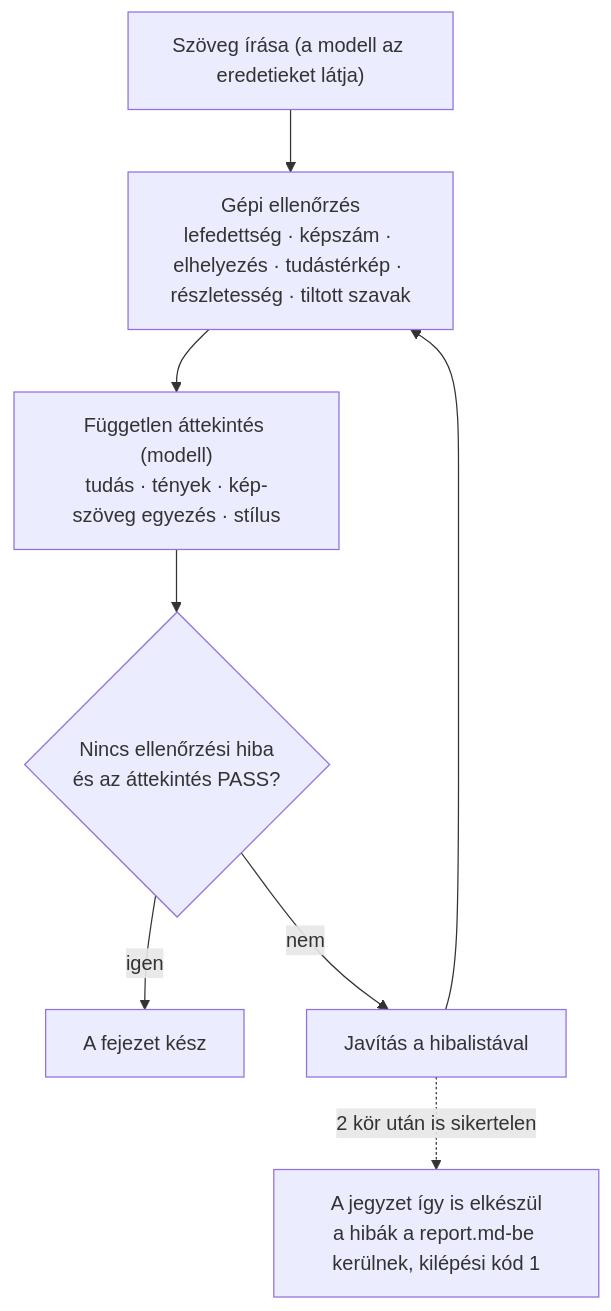
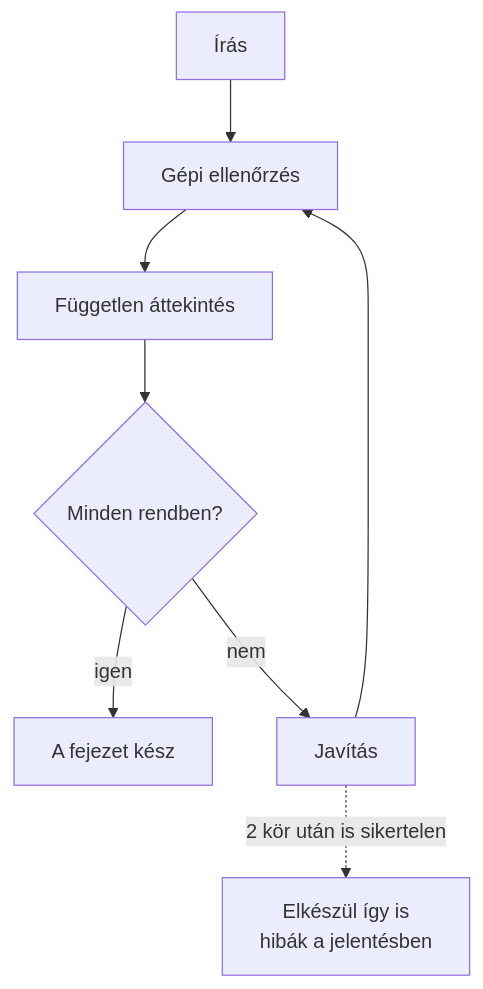
Before and after one commit to songyang8964/video-notes: the seventh of 7 diagrams in README.hu.md, drawn with Mermaid. The commit also changed other lines of this file and 2 other files, not shown here.

Commit message:
README: usage first, short diagram labels, timeline as a table

````diff
--- a/README.hu.md
+++ b/README.hu.md
@@ -462,10 +472,10 @@
 ```mermaid
 flowchart TD
-    W["Szöveg írása (a modell az eredetieket látja)"] --> C["Gépi ellenőrzés<br/>lefedettség · képszám · elhelyezés · tudástérkép · részletesség · tiltott szavak"]
-    C --> R["Független áttekintés (modell)<br/>tudás · tények · kép-szöveg egyezés · stílus"]
-    R --> J{"Nincs ellenőrzési hiba<br/>és az áttekintés PASS?"}
+    W["Írás"] --> C["Gépi ellenőrzés"]
+    C --> R["Független áttekintés"]
+    R --> J{"Minden rendben?"}
     J -- igen --> OK["A fejezet kész"]
-    J -- nem --> F["Javítás a hibalistával"]
+    J -- nem --> F["Javítás"]
     F --> C
-    F -. 2 kör után is sikertelen .-> REP["A jegyzet így is elkészül<br/>a hibák a report.md-be kerülnek, kilépési kód 1"]
+    F -. 2 kör után is sikertelen .-> REP["Elkészül így is<br/>hibák a jelentésben"]
 ```
````
